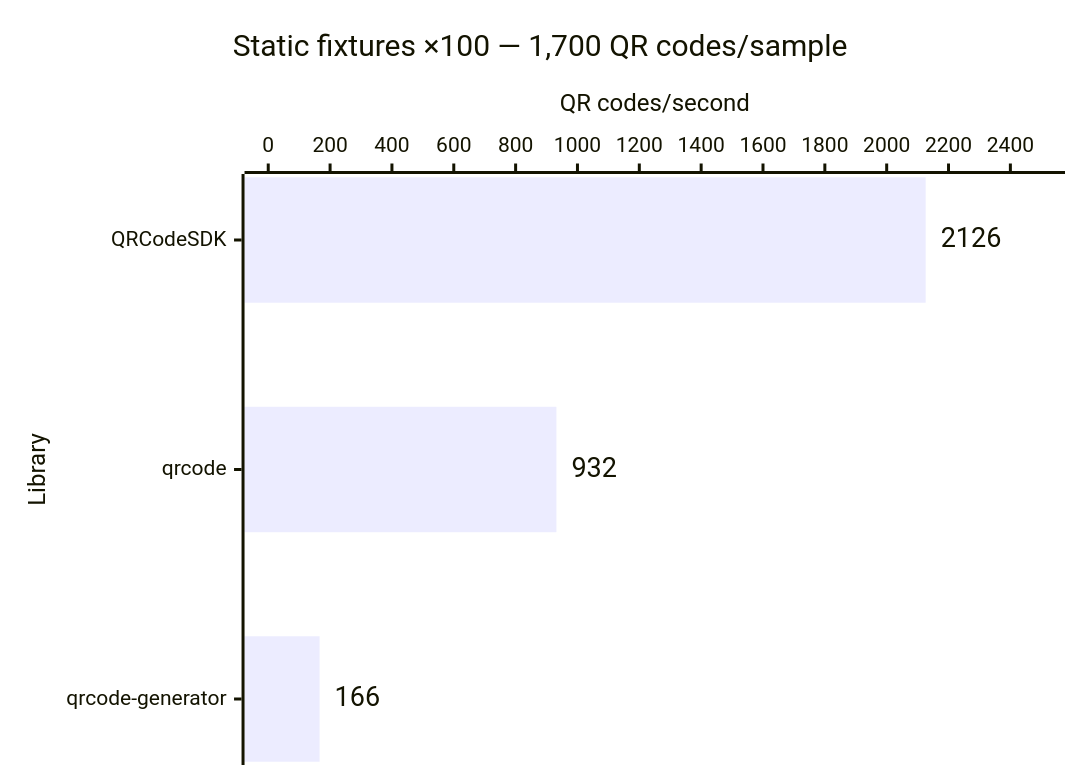
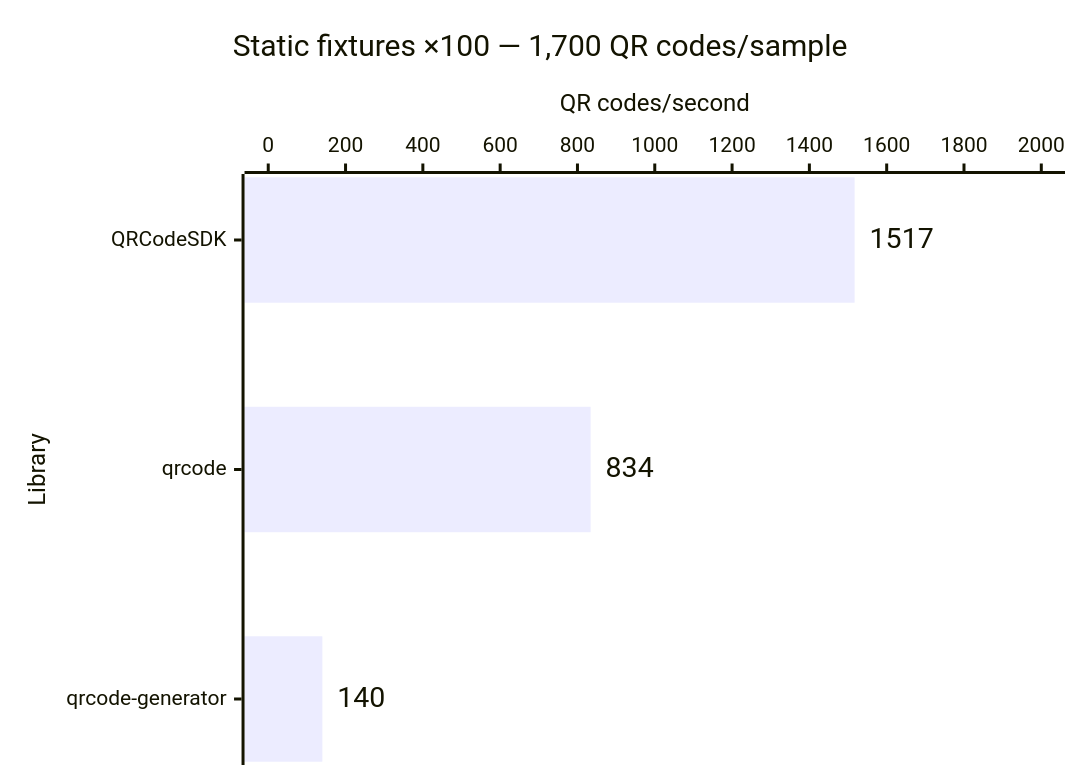
One commit to Dafnik/qrcodesdk changed the seventh of 14 diagrams in apps/docs/src/content/docs/learn/performance.md. Above: the diagram before and after it, drawn with Mermaid. The commit also changed other lines of this file and 2 other files, not shown here.

````diff
--- a/apps/docs/src/content/docs/learn/performance.md
+++ b/apps/docs/src/content/docs/learn/performance.md
@@ -147,15 +147,15 @@
 ```mermaid
 ---
 config:
   xyChart:
     showDataLabel: true
     showDataLabelOutsideBar: true
 ---
 xychart horizontal
   accTitle: Automatic matrix generation: Static fixtures ×100 — 1,700 QR codes/sample
-  accDescr: Throughput calculated from median time. QRCodeSDK 2,126 QR codes per second, qrcode 932 QR codes per second, qrcode-generator 166 QR codes per second. Higher is better.
+  accDescr: Throughput calculated from median time. QRCodeSDK 1,517 QR codes per second, qrcode 834 QR codes per second, qrcode-generator 140 QR codes per second. Higher is better.
   title "Static fixtures ×100 — 1,700 QR codes/sample"
   x-axis "Library" ["QRCodeSDK", "qrcode", "qrcode-generator"]
-  y-axis "QR codes/second" 0 --> 2500
-  bar [2126, 932, 166]
+  y-axis "QR codes/second" 0 --> 2000
+  bar [1517, 834, 140]
 ```
````
